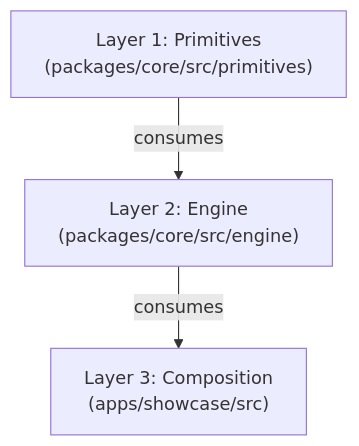
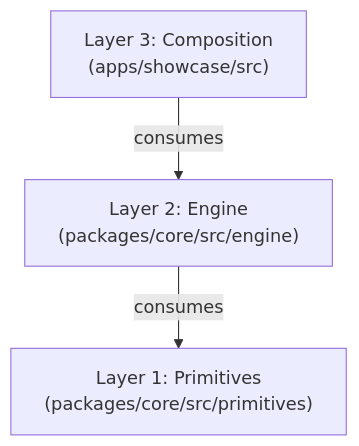
One commit to WianVDM/schema-framework changed the first of 5 diagrams in docs/context-map.md. Above: the diagram before and after it, drawn with Mermaid. The commit also changed 12 other files, not shown here.

````diff
--- a/docs/context-map.md
+++ b/docs/context-map.md
@@ -8,8 +8,8 @@
 ```mermaid
 graph TD
     L1["Layer 1: Primitives<br/>(packages/core/src/primitives)"]
     L2["Layer 2: Engine<br/>(packages/core/src/engine)"]
     L3["Layer 3: Composition<br/>(apps/showcase/src)"]
-    L1 -->|consumes| L2
-    L2 -->|consumes| L3
+    L3 -->|consumes| L2
+    L2 -->|consumes| L1
 ```
````
